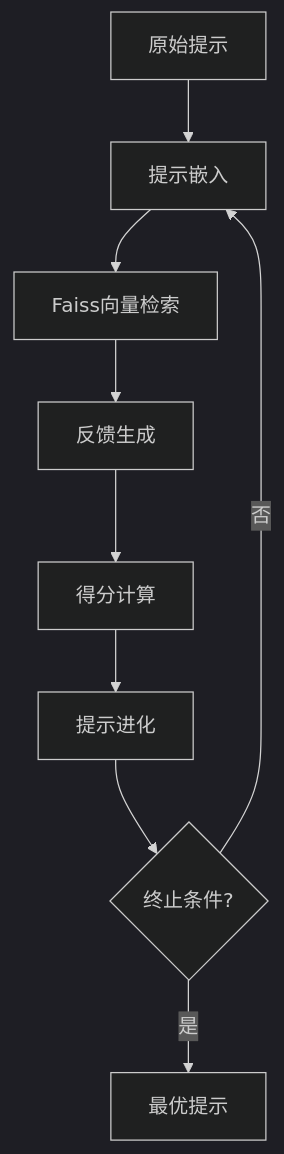
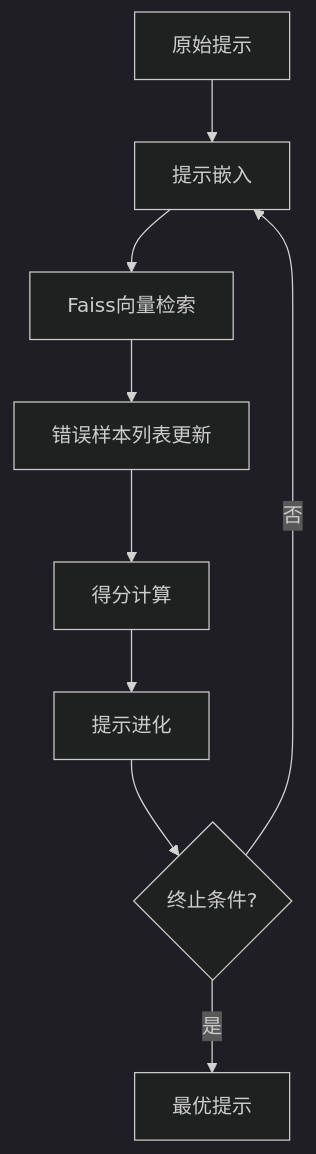
Before and after one commit to situche/ERM: the diagram in README.md, drawn with Mermaid (dark theme). The commit also changed other lines of this file, not shown here.

````diff
--- a/README.md
+++ b/README.md
@@ -21,11 +77,11 @@
 ```mermaid
 graph TD
     A[原始提示] --> B[提示嵌入]
     B --> C[Faiss向量检索]
-    C --> D[反馈生成]
+    C --> D[错误样本列表更新]
     D --> E[得分计算]
     E --> F[提示进化]
     F --> G{终止条件?}
     G -->|否| B
     G -->|是| H[最优提示]
 ```
````
